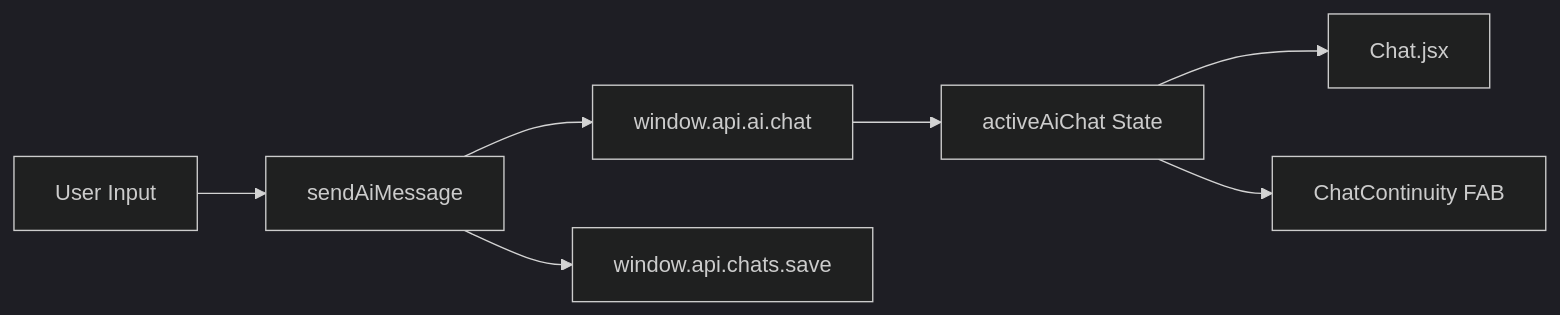
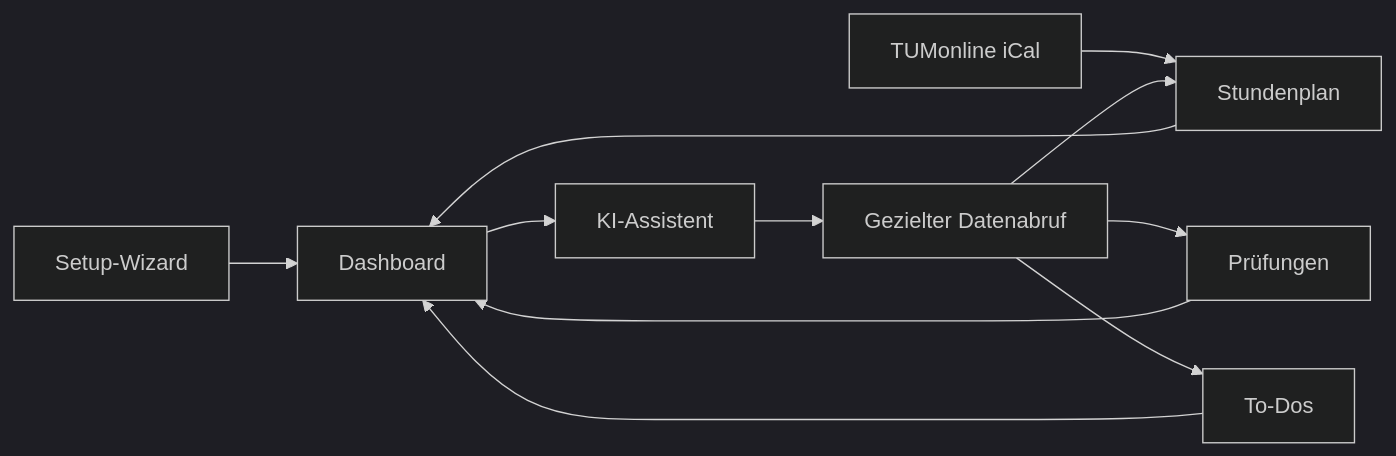
Before and after one commit to maxseidlitz/TUM-Study-Portal: the diagram in README.md, drawn with Mermaid (dark theme). The commit also changed other lines of this file and 2 other files, not shown here.

````diff
--- a/README.md
+++ b/README.md
@@ -102,9 +82,13 @@
 ```mermaid
 flowchart LR
-  userInput[User Input] --> sendAiMessage
-  sendAiMessage --> ipcAi[window.api.ai.chat]
-  ipcAi --> activeAiChat[activeAiChat State]
-  activeAiChat --> ChatPage[Chat.jsx]
-  activeAiChat --> ChatContinuity[ChatContinuity FAB]
-  sendAiMessage --> chatsSave[window.api.chats.save]
+  SetupWizard[Setup-Wizard] --> Dashboard[Dashboard]
+  TUMonline[TUMonline iCal] --> Schedule[Stundenplan]
+  Schedule --> Dashboard
+  Exams[Prüfungen] --> Dashboard
+  Todos[To-Dos] --> Dashboard
+  Dashboard --> Assistant[KI-Assistent]
+  Assistant --> Retrieval[Gezielter Datenabruf]
+  Retrieval --> Schedule
+  Retrieval --> Exams
+  Retrieval --> Todos
 ```
````
